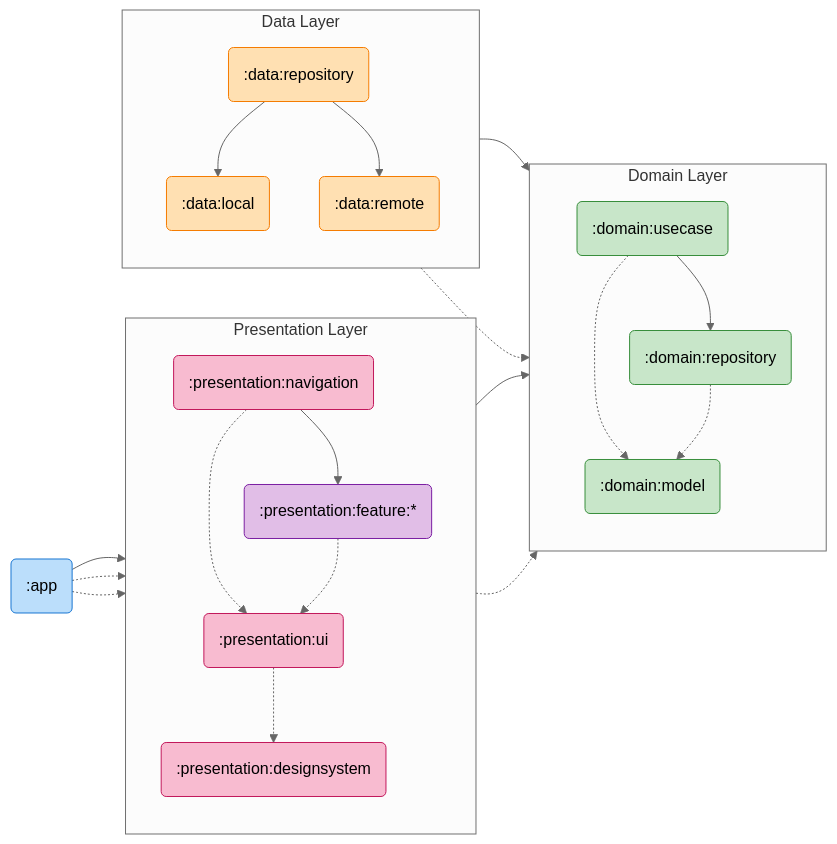
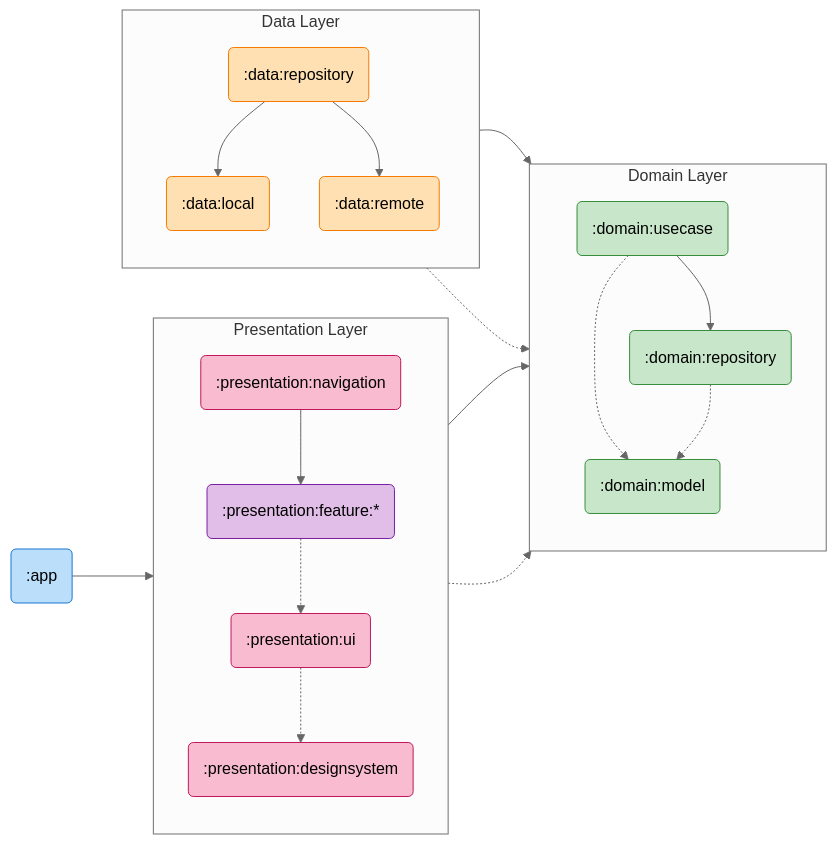
One commit to segnities007/CheckMate changed the diagram in README.md. Above: the diagram before and after it, drawn with Mermaid (neutral theme). The commit also changed other lines of this file, not shown here.

````diff
--- a/README.md
+++ b/README.md
@@ -35,53 +35,51 @@
 ```mermaid
 graph LR
     %% スタイル定義
     classDef app fill:#BBDEFB,stroke:#1976D2,color:black
     classDef feature fill:#E1BEE7,stroke:#7B1FA2,color:black
     classDef ui fill:#F8BBD0,stroke:#C2185B,color:black
     classDef domain fill:#C8E6C9,stroke:#388E3C,color:black
     classDef data fill:#FFE0B2,stroke:#F57C00,color:black
 
     App(":app"):::app
 
     subgraph Presentation [Presentation Layer]
         direction TB
         Nav(":presentation:navigation"):::ui
         Features(":presentation:feature:*"):::feature
         UI(":presentation:ui"):::ui
         Design(":presentation:designsystem"):::ui
     end
 
     subgraph Domain [Domain Layer]
         direction TB
         UseCase(":domain:usecase"):::domain
         DomainModel(":domain:model"):::domain
         DomainRepo(":domain:repository"):::domain
     end
 
     subgraph Data [Data Layer]
         direction TB
         DataRepo(":data:repository"):::data
         Local(":data:local"):::data
         Remote(":data:remote"):::data
     end
 
     %% --- Main Dependency Flow (実線: 主要な流れ) ---
     App --> Nav
     Nav --> Features
     Features --> UseCase
     
     UseCase --> DomainRepo
     DataRepo --> DomainRepo
     DataRepo --> Local & Remote
 
     %% --- Auxiliary Dependencies (点線: 補助的・共通利用) ---
-    App -.-> Features & UI
-    Nav -.-> UI
     Features -.-> UI
     UI -.-> Design
     UI -.-> DomainModel
 
     UseCase -.-> DomainModel
     DomainRepo -.-> DomainModel
     DataRepo -.-> DomainModel
 ```
````
